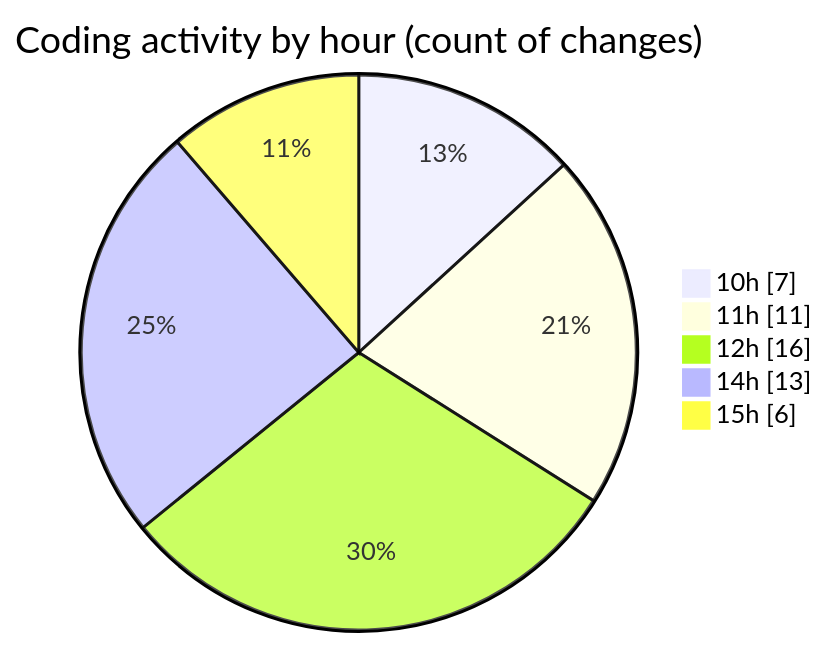
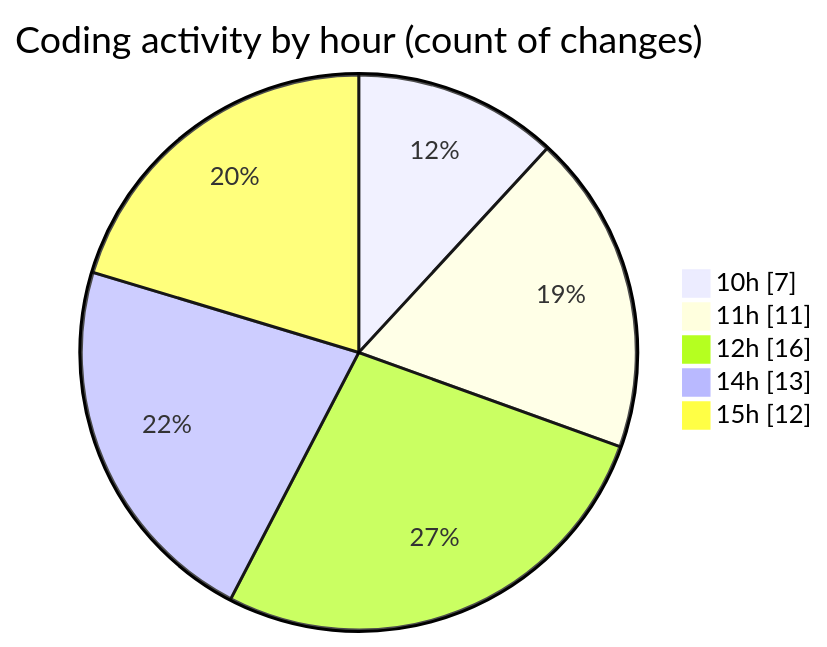
The second of 2 diagrams in 2026-03-31/cinema/README.md (igalym/code-tracking), drawn with Mermaid before and after one commit. The commit also changed other lines of this file and 1 other file, not shown here.

````diff
--- a/2026-03-31/cinema/README.md
+++ b/2026-03-31/cinema/README.md
@@ -45,9 +45,9 @@
 ```mermaid
 pie showData
 title Coding activity by hour (count of changes)
 "10h" : 7
 "11h" : 11
 "12h" : 16
 "14h" : 13
-"15h" : 6
+"15h" : 12
 ```
````
